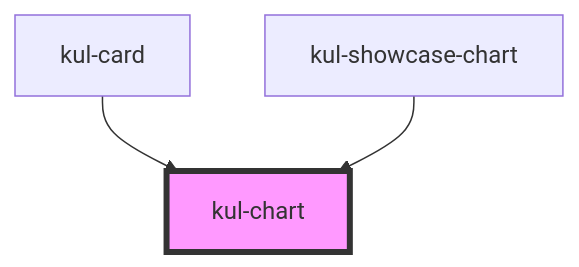
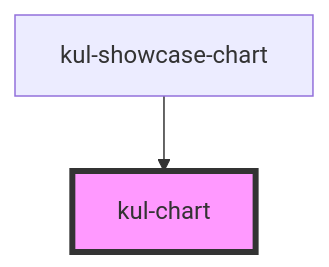
One commit to lucafoscili/ketchup-lite changed the diagram in packages/ketchup-lite/src/components/kul-chart/readme.md. Above: the diagram before and after it, drawn with Mermaid. The commit also changed other lines of this file and 40 other files, not shown here.

````diff
--- a/packages/ketchup-lite/src/components/kul-chart/readme.md
+++ b/packages/ketchup-lite/src/components/kul-chart/readme.md
@@ -79,6 +78,5 @@
 ```mermaid
 graph TD;
-  kul-card --> kul-chart
   kul-showcase-chart --> kul-chart
   style kul-chart fill:#f9f,stroke:#333,stroke-width:4px
 ```
````
